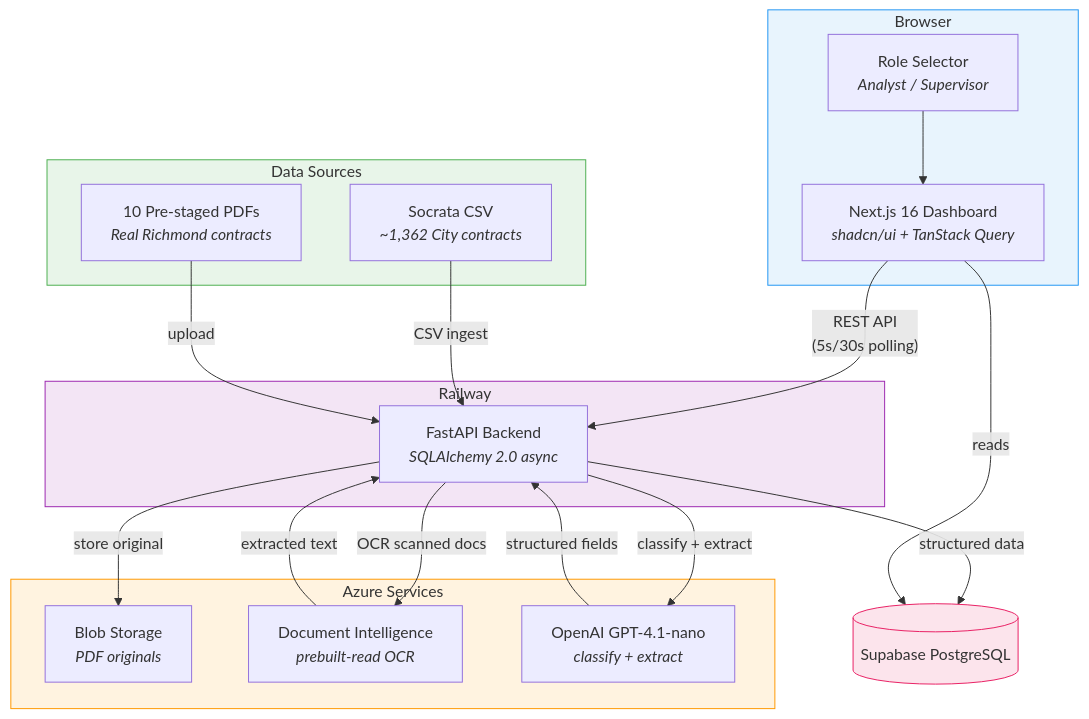
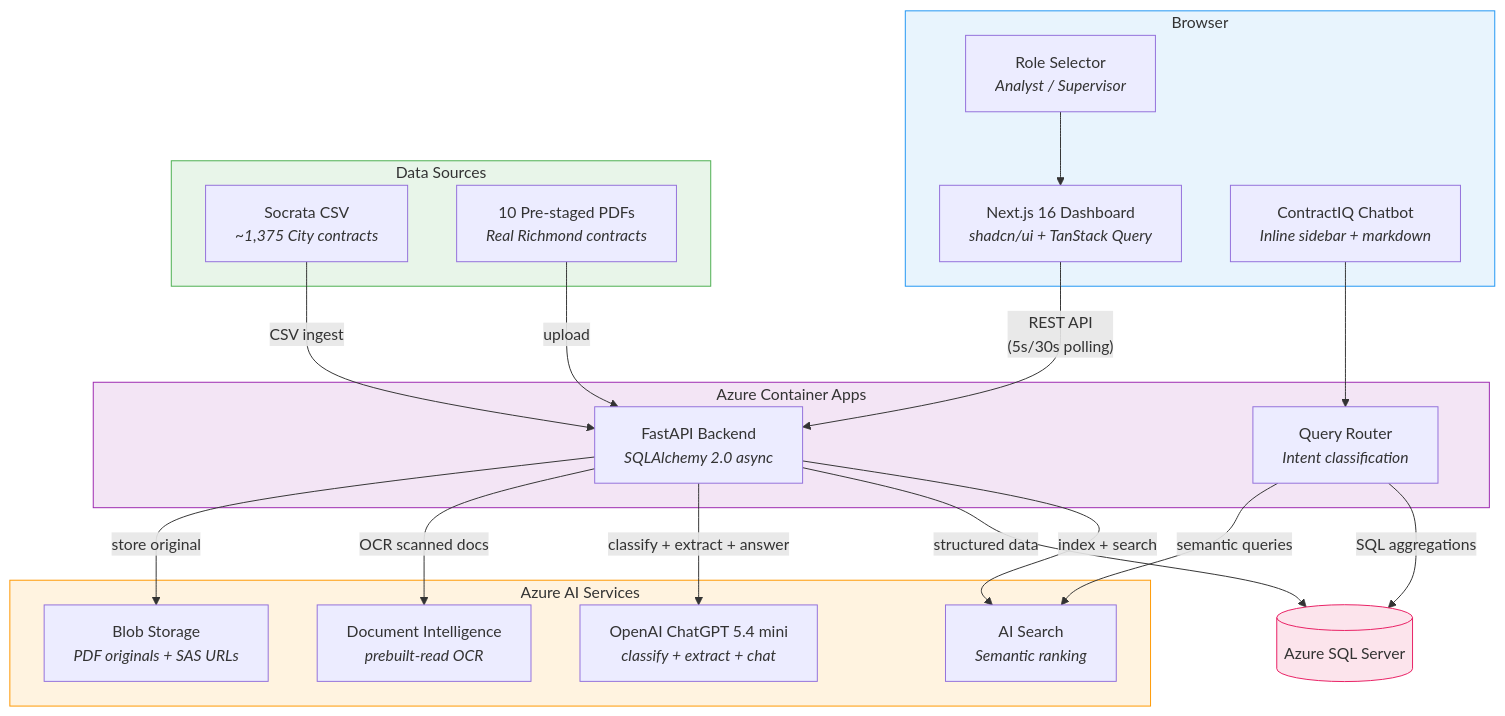
Before and after one commit to drubiodev/hack-for-rva: the first of 4 diagrams in README.md, drawn with Mermaid. The commit also changed other lines of this file, not shown here.

First line of the commit message:
docs: rewrite README for v2 — chatbot, Azure SQL, AI Search, intelligence

````diff
--- a/README.md
+++ b/README.md
@@ -15,42 +11,46 @@
 ```mermaid
 graph TB
     subgraph Client["Browser"]
         FE["Next.js 16 Dashboard<br/><i>shadcn/ui + TanStack Query</i>"]
         RS["Role Selector<br/><i>Analyst / Supervisor</i>"]
+        CB["ContractIQ Chatbot<br/><i>Inline sidebar + markdown</i>"]
     end
 
-    subgraph Railway["Railway"]
+    subgraph ACA["Azure Container Apps"]
         API["FastAPI Backend<br/><i>SQLAlchemy 2.0 async</i>"]
+        QR["Query Router<br/><i>Intent classification</i>"]
     end
 
-    subgraph Azure["Azure Services"]
-        BLOB["Blob Storage<br/><i>PDF originals</i>"]
+    subgraph Azure["Azure AI Services"]
+        BLOB["Blob Storage<br/><i>PDF originals + SAS URLs</i>"]
         DI["Document Intelligence<br/><i>prebuilt-read OCR</i>"]
-        OAI["OpenAI GPT-4.1-nano<br/><i>classify + extract</i>"]
+        OAI["OpenAI ChatGPT 5.4 mini<br/><i>classify + extract + chat</i>"]
+        SRCH["AI Search<br/><i>Semantic ranking</i>"]
     end
 
     subgraph Data["Data Sources"]
-        SOC["Socrata CSV<br/><i>~1,362 City contracts</i>"]
+        SOC["Socrata CSV<br/><i>~1,375 City contracts</i>"]
         PDF["10 Pre-staged PDFs<br/><i>Real Richmond contracts</i>"]
     end
 
-    DB[("Supabase PostgreSQL")]
+    DB[("Azure SQL Server")]
 
     RS --> FE
+    CB --> QR
     FE -- "REST API<br/>(5s/30s polling)" --> API
     API -- "store original" --> BLOB
     API -- "OCR scanned docs" --> DI
-    API -- "classify + extract" --> OAI
+    API -- "classify + extract + answer" --> OAI
     API -- "structured data" --> DB
+    API -- "index + search" --> SRCH
+    QR -- "semantic queries" --> SRCH
+    QR -- "SQL aggregations" --> DB
     SOC -- "CSV ingest" --> API
     PDF -- "upload" --> API
-    DI -- "extracted text" --> API
-    OAI -- "structured fields" --> API
-    FE -- "reads" --> DB
 
     style Client fill:#e8f4fd,stroke:#2196F3
-    style Railway fill:#f3e5f5,stroke:#9C27B0
+    style ACA fill:#f3e5f5,stroke:#9C27B0
     style Azure fill:#fff3e0,stroke:#FF9800
     style Data fill:#e8f5e9,stroke:#4CAF50
     style DB fill:#fce4ec,stroke:#E91E63
 ```
````
